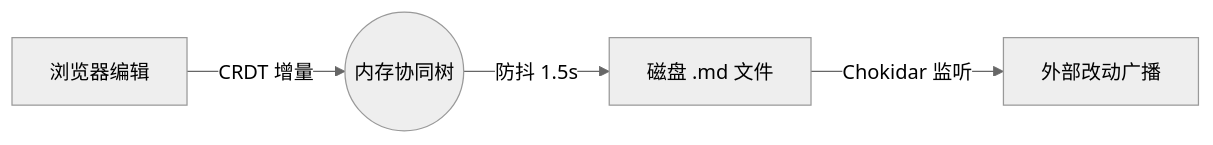
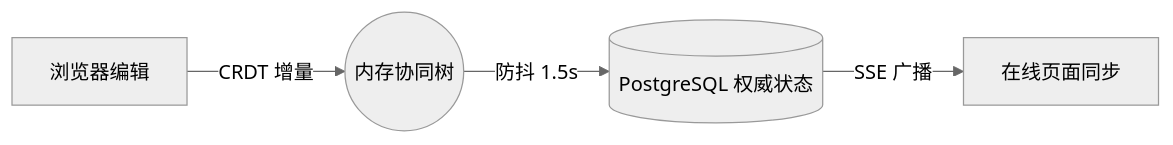
Before and after one commit to Kutbas/MarkFlow: the diagram in seeds/notes/欢迎使用 MarkFlow.md, drawn with Mermaid (neutral theme). The commit also changed other lines of this file and 41 other files, not shown here.

````diff
--- a/seeds/notes/欢迎使用 MarkFlow.md
+++ b/seeds/notes/欢迎使用 MarkFlow.md
@@ -44,6 +44,6 @@
 ```mermaid
 graph LR
     A[浏览器编辑] -->|CRDT 增量| B((内存协同树))
-    B -->|防抖 1.5s| C[磁盘 .md 文件]
-    C -->|Chokidar 监听| D[外部改动广播]
+    B -->|防抖 1.5s| C[(PostgreSQL 权威状态)]
+    C -->|SSE 广播| D[在线页面同步]
 ```
````
